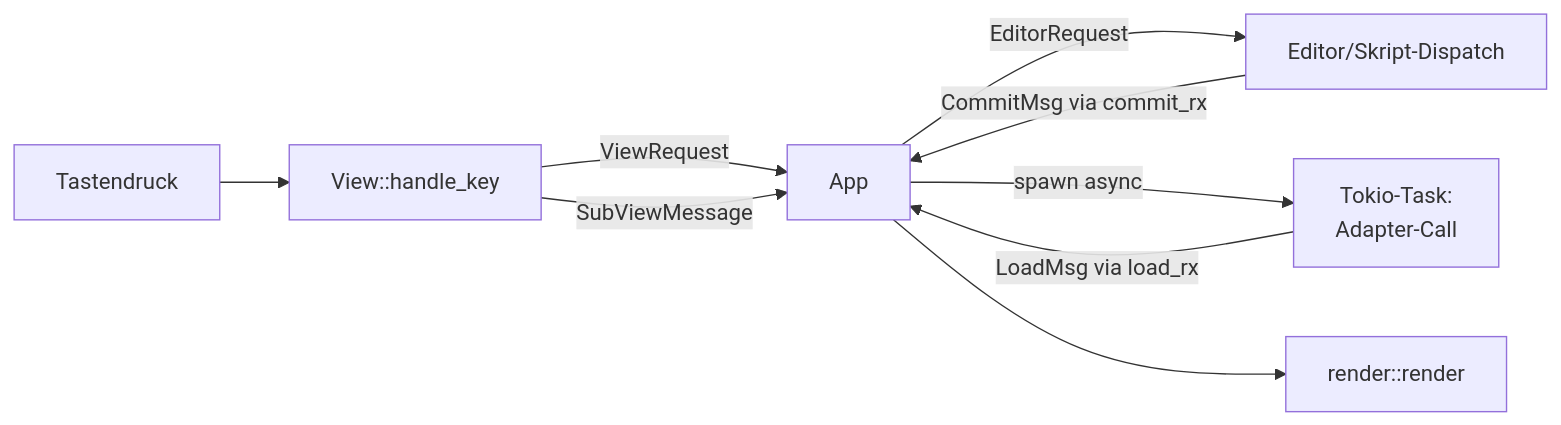
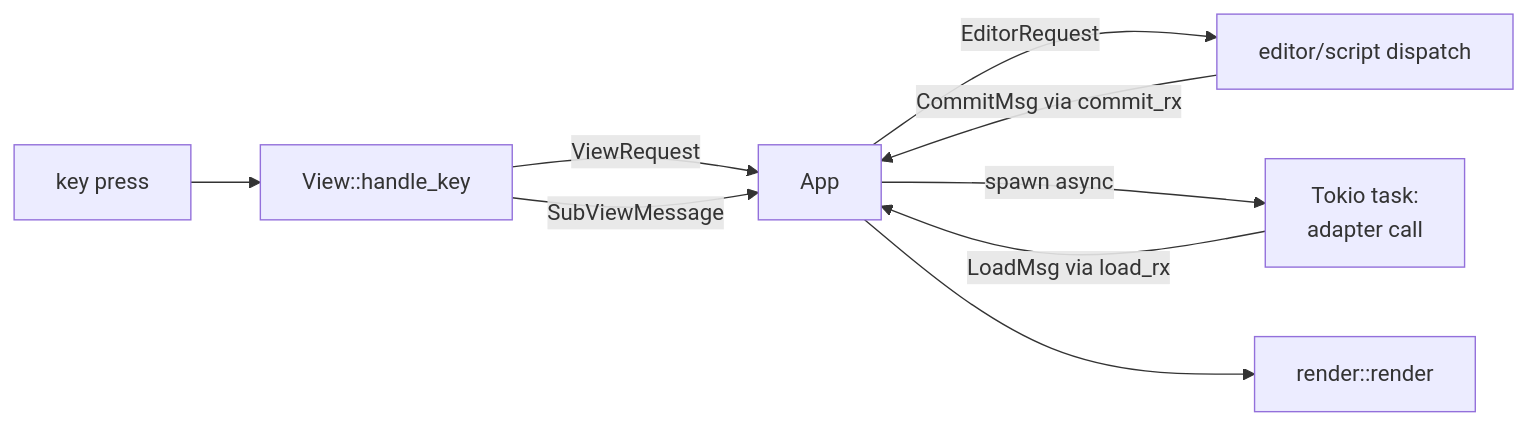
Before and after one commit to bschnitz/not-yet-done: the third of 3 diagrams in docs/architecture.md, drawn with Mermaid. The commit also changed other lines of this file, not shown here.

First line of the commit message:
docs(architecture): translate docs/architecture.md to English

````diff
--- a/docs/architecture.md
+++ b/docs/architecture.md
@@ -467,11 +469,11 @@
 ```mermaid
 flowchart LR
-    KEY[Tastendruck] --> VIEW[View::handle_key]
+    KEY[key press] --> VIEW[View::handle_key]
     VIEW -- ViewRequest --> APP[App]
     VIEW -- SubViewMessage --> APP
-    APP -- EditorRequest --> EDITOR[Editor/Skript-Dispatch]
-    APP -- spawn async --> BG[Tokio-Task:<br/>Adapter-Call]
+    APP -- EditorRequest --> EDITOR[editor/script dispatch]
+    APP -- spawn async --> BG[Tokio task:<br/>adapter call]
     BG -- LoadMsg via load_rx --> APP
     EDITOR -- CommitMsg via commit_rx --> APP
     APP --> RENDER[render::render]
 ```
````
